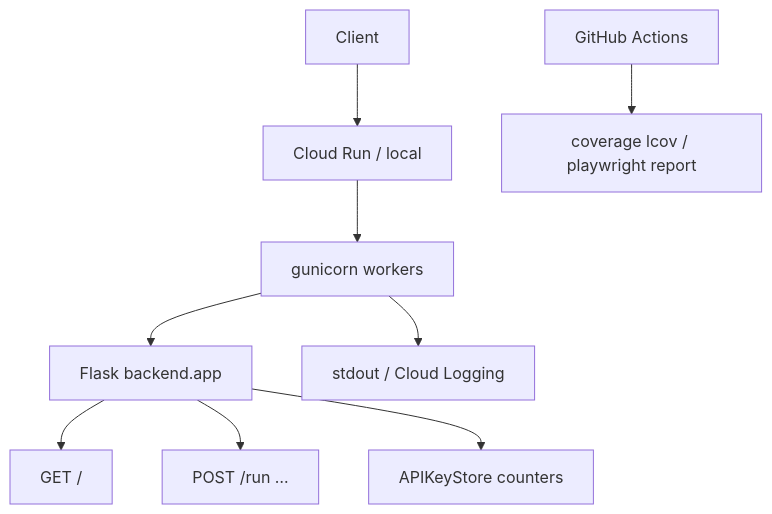
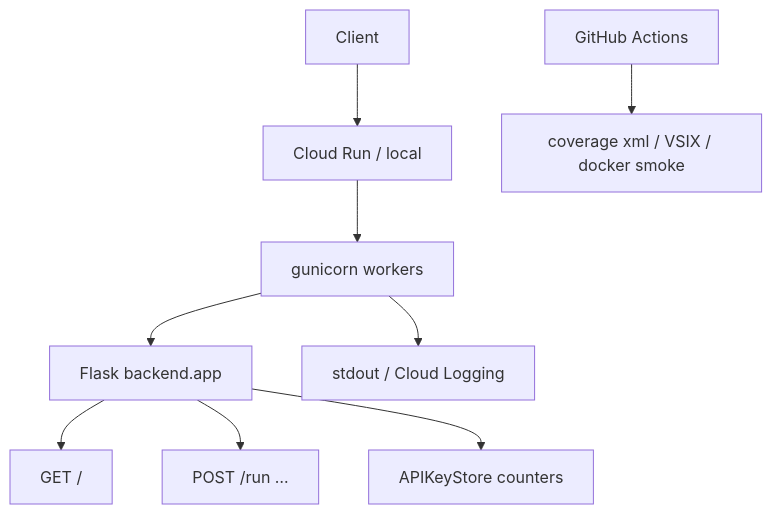
The diagram in docs/pyne/devops/observability.mdx (hoox-sh/pyne), drawn with Mermaid before and after one commit. The commit also changed other lines of this file and 101 other files, not shown here.

````diff
--- a/docs/pyne/devops/observability.mdx
+++ b/docs/pyne/devops/observability.mdx
@@ -33,11 +33,11 @@
 ```mermaid
 flowchart TB
   CLIENT[Client] --> LB[Cloud Run / local]
   LB --> GUNI[gunicorn workers]
   GUNI --> APP[Flask backend.app]
   APP --> HEALTH["GET /"]
   APP --> RUN["POST /run …"]
   APP --> KEYS[APIKeyStore counters]
   GUNI --> LOGS[stdout / Cloud Logging]
-  CI[GitHub Actions] --> ART[coverage lcov / playwright report]
+  CI[GitHub Actions] --> ART[coverage xml / VSIX / docker smoke]
 ```
````
